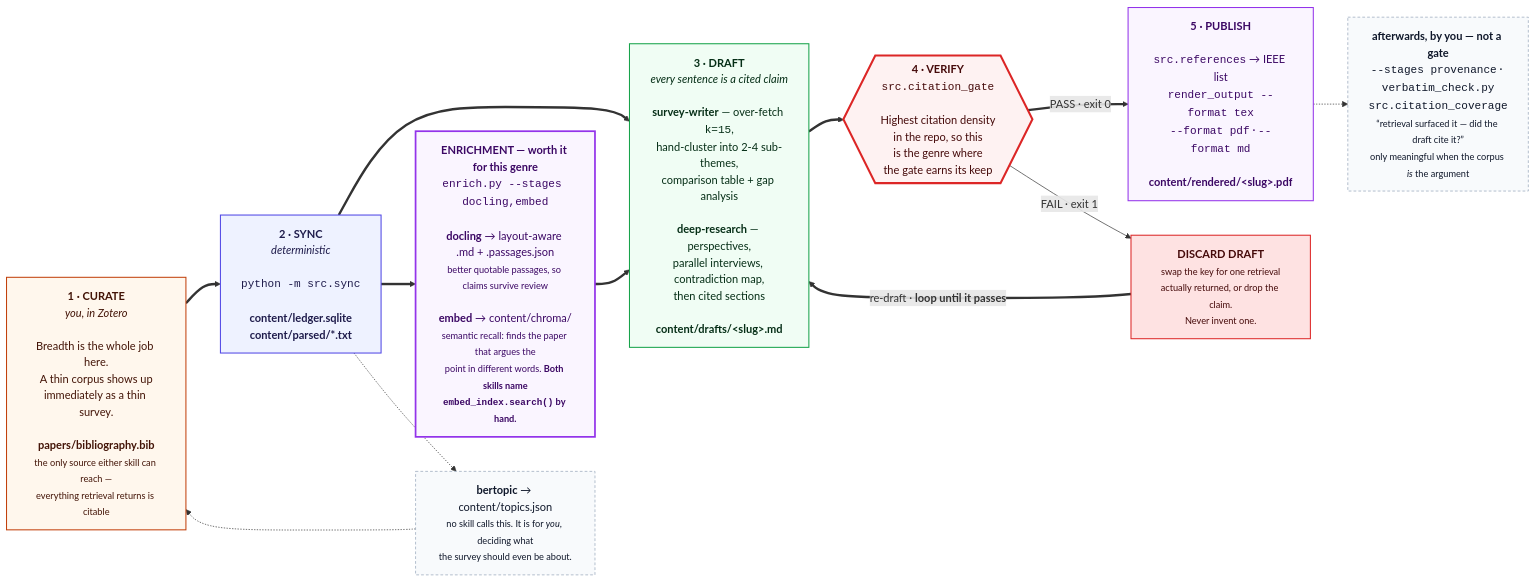
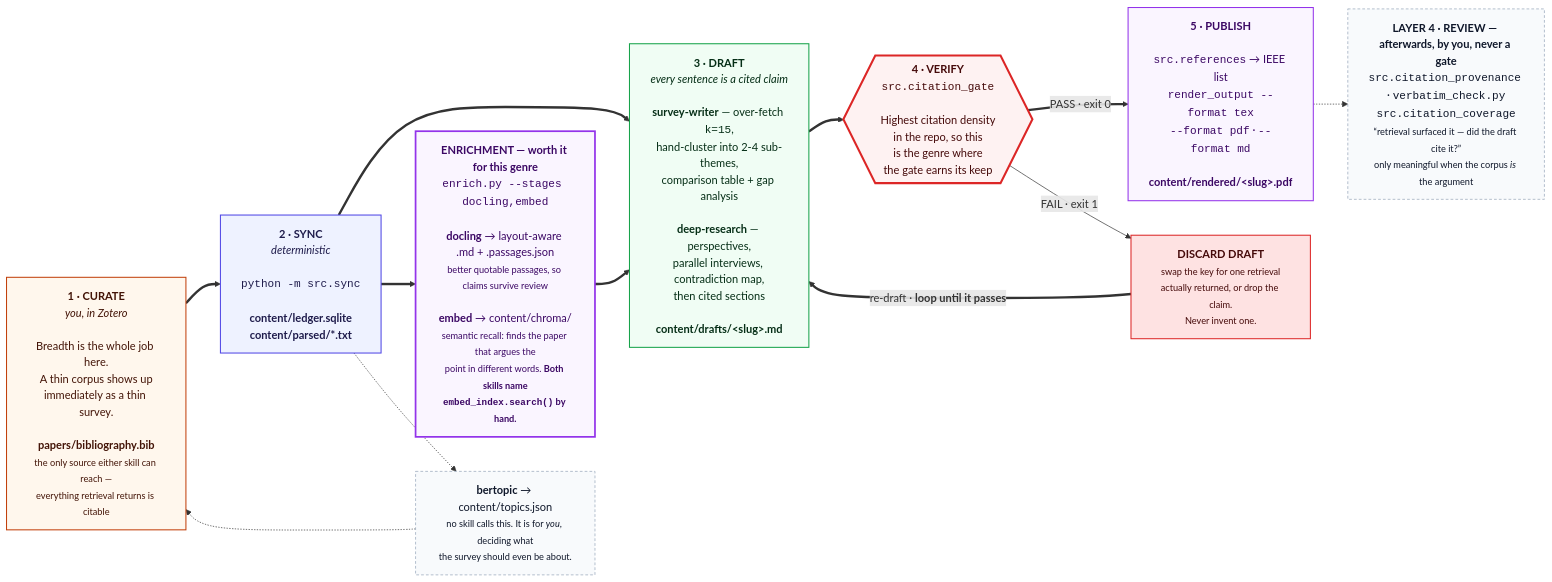
One commit to prasadtalasila/chitragupta changed the seventh of 11 diagrams in docs/DIAGRAMS.md. Above: the diagram before and after it, drawn with Mermaid. The commit also changed other lines of this file and 32 other files, not shown here.

First line of the commit message:
Document the review layer across the docs, and bump to 3.20.0

````diff
--- a/docs/DIAGRAMS.md
+++ b/docs/DIAGRAMS.md
@@ -631,47 +631,47 @@
 ```mermaid
 flowchart LR
 
   P0["<b>1 · CURATE</b><br/><i>you, in Zotero</i><br/><br/>Breadth is the whole job here.<br/>A thin corpus shows up<br/>immediately as a thin survey.<br/><br/><b>papers/bibliography.bib</b><br/><small>the only source either skill can reach —<br/>everything retrieval returns is citable</small>"]
 
   P1["<b>2 · SYNC</b><br/><i>deterministic</i><br/><br/><code>python -m src.sync</code><br/><br/><b>content/ledger.sqlite</b><br/><b>content/parsed/*.txt</b>"]
 
   HEAVY["<b>ENRICHMENT — worth it for this genre</b><br/><code>enrich.py --stages docling,embed</code><br/><br/><b>docling</b> → layout-aware .md + .passages.json<br/><small>better quotable passages, so claims survive review</small><br/><br/><b>embed</b> → content/chroma/<br/><small>semantic recall: finds the paper that argues the<br/>point in different words. <b>Both skills name<br/><code>embed_index.search()</code> by hand.</b></small>"]
 
   P2["<b>3 · DRAFT</b><br/><i>every sentence is a cited claim</i><br/><br/><b>survey-writer</b> — over-fetch <code>k=15</code>,<br/>hand-cluster into 2-4 sub-themes,<br/>comparison table + gap analysis<br/><br/><b>deep-research</b> — perspectives,<br/>parallel interviews, contradiction map,<br/>then cited sections<br/><br/><b>content/drafts/&lt;slug&gt;.md</b>"]
 
   P3{{"<b>4 · VERIFY</b><br/><code>src.citation_gate</code><br/><br/>Highest citation density<br/>in the repo, so this<br/>is the genre where<br/>the gate earns its keep"}}
 
   FIX["<b>DISCARD DRAFT</b><br/><small>swap the key for one retrieval<br/>actually returned, or drop the claim.<br/>Never invent one.</small>"]
 
   P4["<b>5 · PUBLISH</b><br/><br/><code>src.references</code> → IEEE list<br/><code>render_output --format tex</code><br/><code>--format pdf</code> · <code>--format md</code><br/><br/><b>content/rendered/&lt;slug&gt;.pdf</b>"]
 
-  AID["<b>afterwards, by you — not a gate</b><br/><code>--stages provenance</code> · <code>verbatim_check.py</code><br/><code>src.citation_coverage</code><br/><small>“retrieval surfaced it — did the draft cite it?”<br/>only meaningful when the corpus <i>is</i> the argument</small>"]
+  AID["<b>LAYER 4 · REVIEW — afterwards, by you, never a gate</b><br/><code>src.citation_provenance</code> · <code>verbatim_check.py</code><br/><code>src.citation_coverage</code><br/><small>“retrieval surfaced it — did the draft cite it?”<br/>only meaningful when the corpus <i>is</i> the argument</small>"]
 
   BERT["<b>bertopic</b> → content/topics.json<br/><small>no skill calls this. It is for <i>you</i>, deciding what<br/>the survey should even be about.</small>"]
 
   P0 ==> P1 ==> P2 ==> P3
   P1 ==> HEAVY ==> P2
   P3 == "PASS · exit 0" ==> P4
   P3 -- "FAIL · exit 1" --> FIX
   FIX == "re-draft · <b>loop until it passes</b>" ==> P2
   P4 -.-> AID
   P1 -.-> BERT -.-> P0
 
   classDef you fill:#fff7ed,stroke:#c2410c,stroke-width:1.5px,color:#431407
   classDef det fill:#eef2ff,stroke:#4f46e5,stroke-width:1.5px,color:#1e1b4b
   classDef gen fill:#f0fdf4,stroke:#16a34a,stroke-width:1.5px,color:#052e16
   classDef gate fill:#fef2f2,stroke:#dc2626,stroke-width:3px,color:#450a0a
   classDef out fill:#faf5ff,stroke:#9333ea,stroke-width:1.5px,color:#3b0764
   classDef bad fill:#fee2e2,stroke:#dc2626,stroke-width:1.5px,color:#450a0a
   classDef heavy fill:#faf5ff,stroke:#9333ea,stroke-width:2.5px,color:#3b0764
   classDef aid fill:#f8fafc,stroke:#94a3b8,stroke-dasharray:4 3,color:#0f172a
 
   class P0 you
   class P1 det
   class P2 gen
   class P3 gate
   class P4 out
   class FIX bad
   class HEAVY heavy
   class AID,BERT aid
 ```
````
